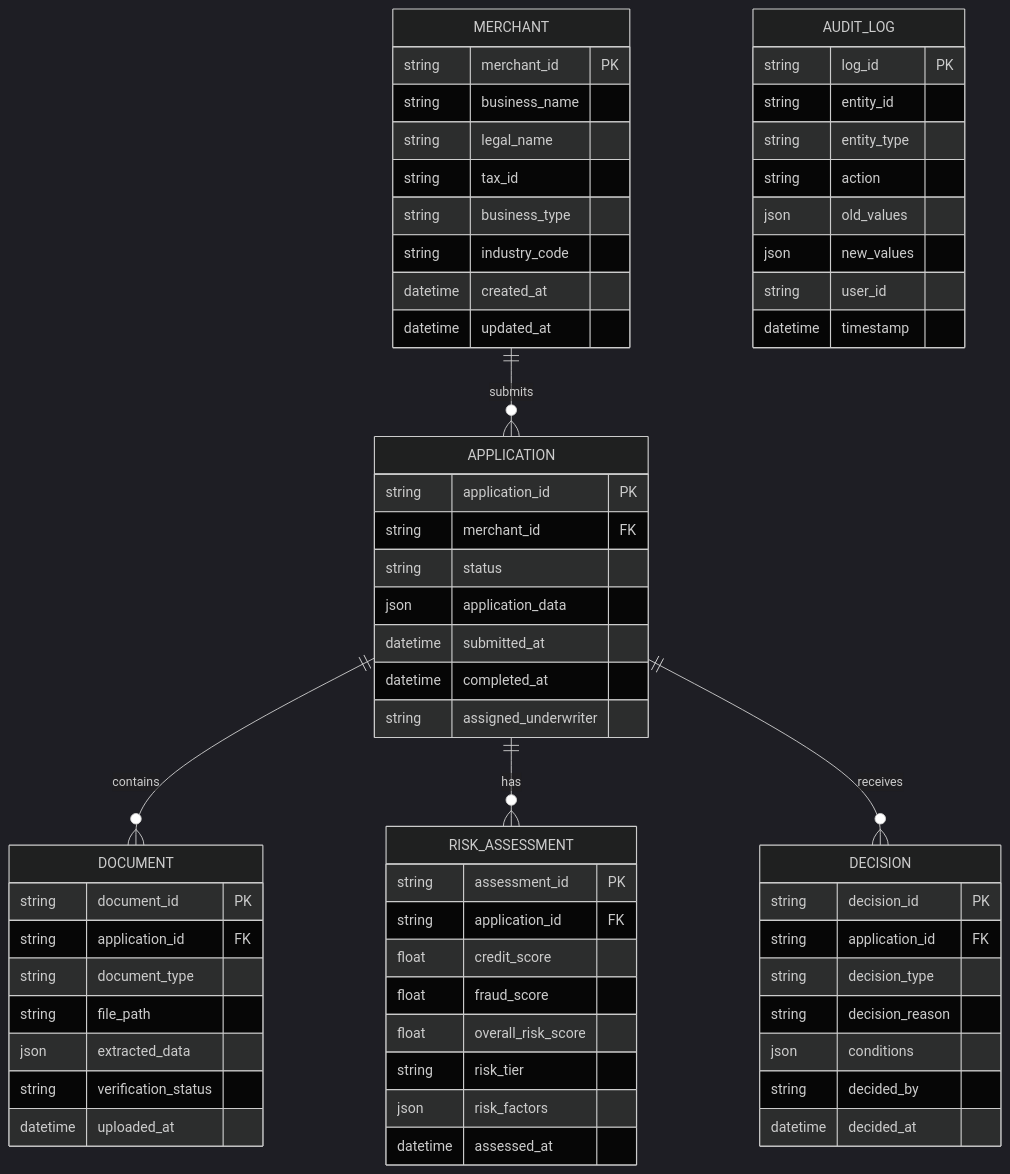
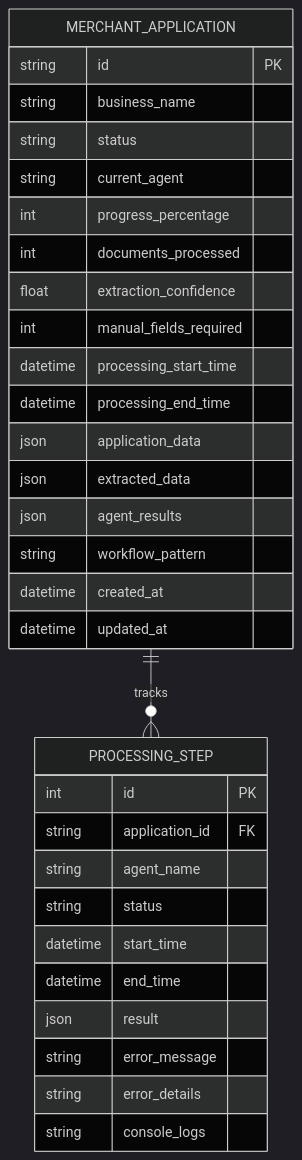
Before and after one commit to rishi154/merchant-onboarding: the sixth of 10 diagrams in merchant-onboarding/System_Architecture_Diagrams.md, drawn with Mermaid (dark theme). The commit also changed other lines of this file and 8 other files, not shown here.

````diff
--- a/merchant-onboarding/System_Architecture_Diagrams.md
+++ b/merchant-onboarding/System_Architecture_Diagrams.md
@@ -338,70 +316,36 @@
 ```mermaid
 erDiagram
-    MERCHANT ||--o{ APPLICATION : submits
-    APPLICATION ||--o{ DOCUMENT : contains
-    APPLICATION ||--o{ RISK_ASSESSMENT : has
-    APPLICATION ||--o{ DECISION : receives
+    MERCHANT_APPLICATION ||--o{ PROCESSING_STEP : tracks
     
-    MERCHANT {
-        string merchant_id PK
+    MERCHANT_APPLICATION {
+        string id PK
         string business_name
-        string legal_name
-        string tax_id
-        string business_type
-        string industry_code
+        string status
+        string current_agent
+        int progress_percentage
+        int documents_processed
+        float extraction_confidence
+        int manual_fields_required
+        datetime processing_start_time
+        datetime processing_end_time
+        json application_data
+        json extracted_data
+        json agent_results
+        string workflow_pattern
         datetime created_at
         datetime updated_at
     }
     
-    APPLICATION {
-        string application_id PK
-        string merchant_id FK
+    PROCESSING_STEP {
+        int id PK
+        string application_id FK
+        string agent_name
         string status
-        json application_data
-        datetime submitted_at
-        datetime completed_at
-        string assigned_underwriter
-    }
-    
-    DOCUMENT {
-        string document_id PK
-        string application_id FK
-        string document_type
-        string file_path
-        json extracted_data
-        string verification_status
-        datetime uploaded_at
-    }
-    
-    RISK_ASSESSMENT {
-        string assessment_id PK
-        string application_id FK
-        float credit_score
-        float fraud_score
-        float overall_risk_score
-        string risk_tier
-        json risk_factors
-        datetime assessed_at
-    }
-    
-    DECISION {
-        string decision_id PK
-        string application_id FK
-        string decision_type
-        string decision_reason
-        json conditions
-        string decided_by
-        datetime decided_at
-    }
-    
-    AUDIT_LOG {
-        string log_id PK
-        string entity_id
-        string entity_type
-        string action
-        json old_values
-        json new_values
-        string user_id
-        datetime timestamp
+        datetime start_time
+        datetime end_time
+        json result
+        string error_message
+        string error_details
+        string console_logs
     }
 ```
````
